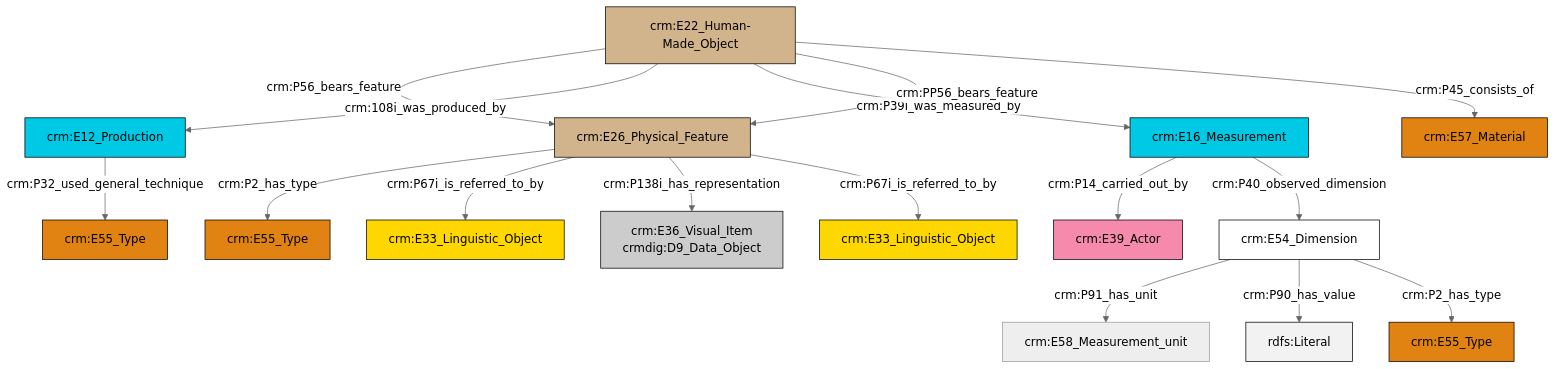
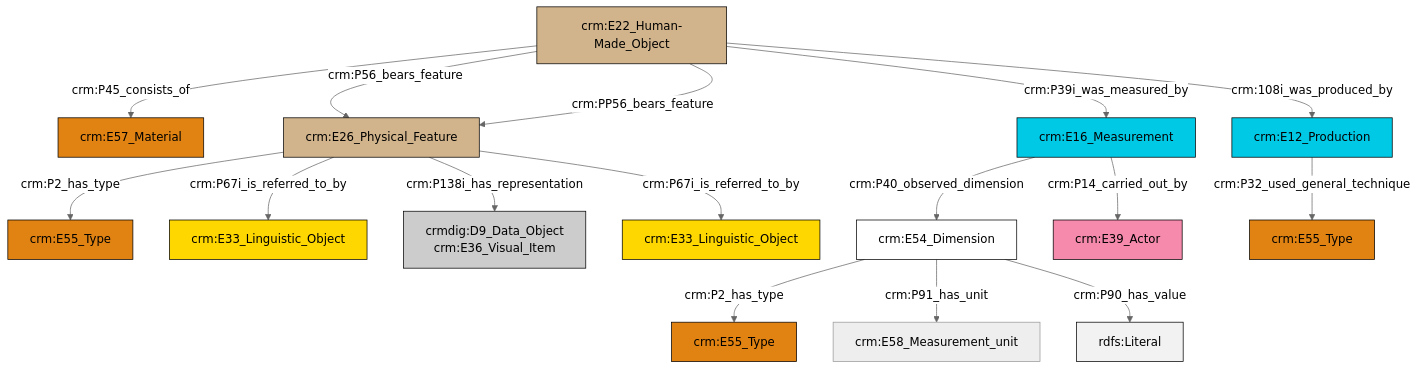
Before and after one commit to swiss-art-research-net/docs.swissartresearch: the diagram in et/carrierCSV/ttl/mmd/carrier_substance.ttl.mmd, drawn with Mermaid (neutral theme). The commit also changed 205 other files, not shown here.

```diff
--- a/et/carrierCSV/ttl/mmd/carrier_substance.ttl.mmd
+++ b/et/carrierCSV/ttl/mmd/carrier_substance.ttl.mmd
@@ -1,30 +1,30 @@
 graph TD
 classDef Literal fill:#f2f2f2,stroke:#000000;
 classDef CRM_Entity fill:#FFFFFF,stroke:#000000;
 classDef Temporal_Entity fill:#00C9E6, stroke:#000000;
 classDef Type fill:#E18312, stroke:#000000;
 classDef Time-Span fill:#2C9C91, stroke:#000000;
 classDef Appellation fill:#FFEB7F, stroke:#000000;
 classDef Place fill:#008836, stroke:#000000;
 classDef Persistent_Item fill:#B266B2, stroke:#000000;
 classDef Conceptual_Object fill:#FFD700, stroke:#000000;
 classDef Physical_Thing fill:#D2B48C, stroke:#000000;
 classDef Actor fill:#f58aad, stroke:#000000;
 classDef PC_Classes fill:#4ce600, stroke:#000000;
 classDef Multi fill:#cccccc,stroke:#000000;
 
-0["crm:E26_Physical_Feature"]:::Physical_Thing -->|crm:P2_has_type| 1["crm:E55_Type"]:::Type
-0["crm:E26_Physical_Feature"]:::Physical_Thing -->|crm:P67i_is_referred_to_by| 2["crm:E33_Linguistic_Object"]:::Conceptual_Object
-8["crm:E22_Human-Made_Object"]:::Physical_Thing -->|crm:P56_bears_feature| 0["crm:E26_Physical_Feature"]:::Physical_Thing
-0["crm:E26_Physical_Feature"]:::Physical_Thing -->|crm:P138i_has_representation| 4["crm:E36_Visual_Item<br>crmdig:D9_Data_Object"]:::Multi
-9["crm:E16_Measurement"]:::Temporal_Entity -->|crm:P14_carried_out_by| 10["crm:E39_Actor"]:::Actor
-11["crm:E12_Production"]:::Temporal_Entity -->|crm:P32_used_general_technique| 12["crm:E55_Type"]:::Type
-6["crm:E54_Dimension"]:::CRM_Entity -->|crm:P91_has_unit| 17["crm:E58_Measurement_unit"]:::Default
-8["crm:E22_Human-Made_Object"]:::Physical_Thing -->|crm:108i_was_produced_by| 11["crm:E12_Production"]:::Temporal_Entity
-6["crm:E54_Dimension"]:::CRM_Entity -->|crm:P90_has_value| 26[rdfs:Literal]:::Literal
-8["crm:E22_Human-Made_Object"]:::Physical_Thing -->|crm:P39i_was_measured_by| 9["crm:E16_Measurement"]:::Temporal_Entity
-8["crm:E22_Human-Made_Object"]:::Physical_Thing -->|crm:PP56_bears_feature| 0["crm:E26_Physical_Feature"]:::Physical_Thing
-0["crm:E26_Physical_Feature"]:::Physical_Thing -->|crm:P67i_is_referred_to_by| 14["crm:E33_Linguistic_Object"]:::Conceptual_Object
-6["crm:E54_Dimension"]:::CRM_Entity -->|crm:P2_has_type| 18["crm:E55_Type"]:::Type
-8["crm:E22_Human-Made_Object"]:::Physical_Thing -->|crm:P45_consists_of| 23["crm:E57_Material"]:::Type
-9["crm:E16_Measurement"]:::Temporal_Entity -->|crm:P40_observed_dimension| 6["crm:E54_Dimension"]:::CRM_Entity
+6["crm:E26_Physical_Feature"]:::Physical_Thing -->|crm:P2_has_type| 7["crm:E55_Type"]:::Type
+8["crm:E54_Dimension"]:::CRM_Entity -->|crm:P2_has_type| 9["crm:E55_Type"]:::Type
+0["crm:E22_Human-Made_Object"]:::Physical_Thing -->|crm:P45_consists_of| 10["crm:E57_Material"]:::Type
+8["crm:E54_Dimension"]:::CRM_Entity -->|crm:P91_has_unit| 17["crm:E58_Measurement_unit"]:::Default
+0["crm:E22_Human-Made_Object"]:::Physical_Thing -->|crm:P56_bears_feature| 6["crm:E26_Physical_Feature"]:::Physical_Thing
+6["crm:E26_Physical_Feature"]:::Physical_Thing -->|crm:P67i_is_referred_to_by| 11["crm:E33_Linguistic_Object"]:::Conceptual_Object
+15["crm:E16_Measurement"]:::Temporal_Entity -->|crm:P40_observed_dimension| 8["crm:E54_Dimension"]:::CRM_Entity
+15["crm:E16_Measurement"]:::Temporal_Entity -->|crm:P14_carried_out_by| 18["crm:E39_Actor"]:::Actor
+0["crm:E22_Human-Made_Object"]:::Physical_Thing -->|crm:PP56_bears_feature| 6["crm:E26_Physical_Feature"]:::Physical_Thing
+6["crm:E26_Physical_Feature"]:::Physical_Thing -->|crm:P138i_has_representation| 19["crmdig:D9_Data_Object<br>crm:E36_Visual_Item"]:::Multi
+0["crm:E22_Human-Made_Object"]:::Physical_Thing -->|crm:P39i_was_measured_by| 15["crm:E16_Measurement"]:::Temporal_Entity
+4["crm:E12_Production"]:::Temporal_Entity -->|crm:P32_used_general_technique| 2["crm:E55_Type"]:::Type
+0["crm:E22_Human-Made_Object"]:::Physical_Thing -->|crm:108i_was_produced_by| 4["crm:E12_Production"]:::Temporal_Entity
+8["crm:E54_Dimension"]:::CRM_Entity -->|crm:P90_has_value| 29[rdfs:Literal]:::Literal
+6["crm:E26_Physical_Feature"]:::Physical_Thing -->|crm:P67i_is_referred_to_by| 26["crm:E33_Linguistic_Object"]:::Conceptual_Object
```
